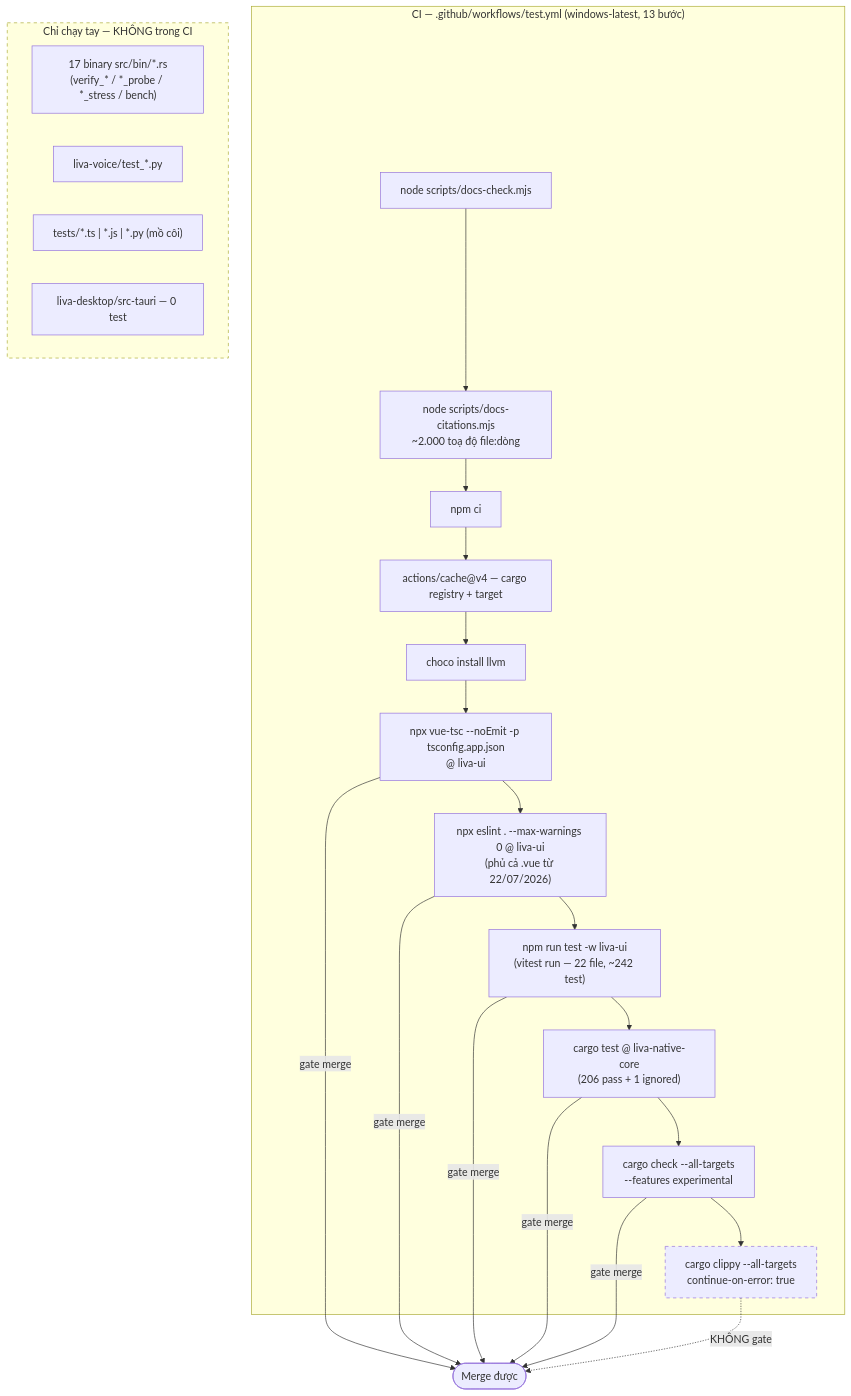
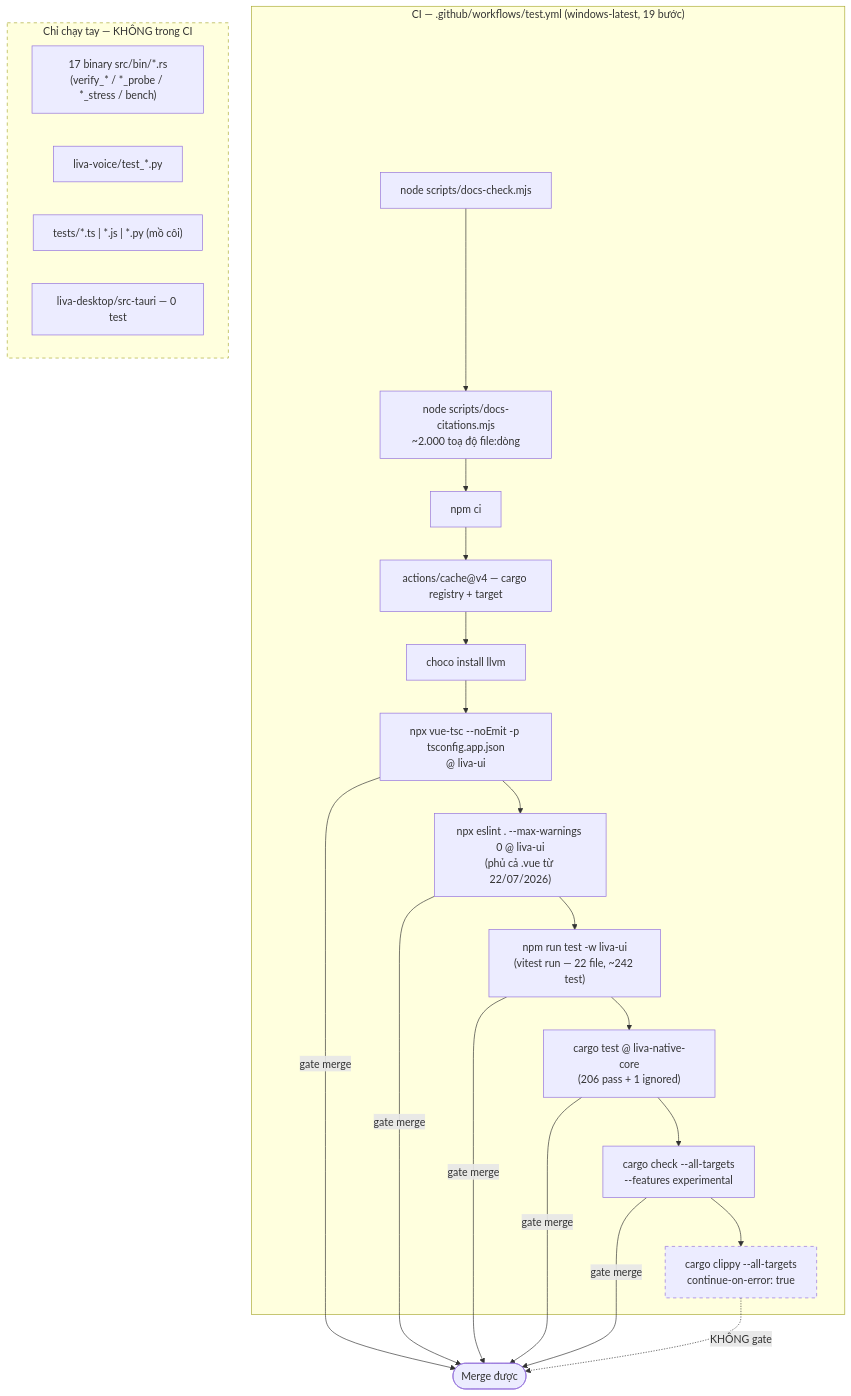
One commit to DuongNAD/LIVA changed the first of 4 diagrams in docs/02-van-hanh/04-kiem-thu-va-ci.md. Above: the diagram before and after it, drawn with Mermaid. The commit also changed other lines of this file and 33 other files, not shown here.

````diff
--- a/docs/02-van-hanh/04-kiem-thu-va-ci.md
+++ b/docs/02-van-hanh/04-kiem-thu-va-ci.md
@@ -81,32 +81,32 @@
 ```mermaid
 flowchart TD
-    subgraph CI["CI — .github/workflows/test.yml (windows-latest, 13 bước)"]
+    subgraph CI["CI — .github/workflows/test.yml (windows-latest, 19 bước)"]
         A0["node scripts/docs-check.mjs"] --> A00["node scripts/docs-citations.mjs<br/>~2.000 toạ độ file:dòng"]
         A00 --> A["npm ci"]
         A --> A1["actions/cache@v4 — cargo registry + target"]
         A1 --> B["choco install llvm"]
         B --> B1["npx vue-tsc --noEmit -p tsconfig.app.json<br/>@ liva-ui"]
         B1 --> B2["npx eslint . --max-warnings 0 @ liva-ui<br/>(phủ cả .vue từ 22/07/2026)"]
         B2 --> C["npm run test -w liva-ui<br/>(vitest run — 22 file, ~242 test)"]
         C --> D["cargo test @ liva-native-core<br/>(206 pass + 1 ignored)"]
         D --> D1["cargo check --all-targets<br/>--features experimental"]
         D1 --> E["cargo clippy --all-targets<br/>continue-on-error: true"]
     end
 
     subgraph MANUAL["Chỉ chạy tay — KHÔNG trong CI"]
         F["17 binary src/bin/*.rs<br/>(verify_* / *_probe / *_stress / bench)"]
         G["liva-voice/test_*.py"]
         H["tests/*.ts | *.js | *.py (mồ côi)"]
         I["liva-desktop/src-tauri — 0 test"]
     end
 
     B1 -->|"gate merge"| PASS([Merge được])
     B2 -->|"gate merge"| PASS
     C -->|"gate merge"| PASS
     D -->|"gate merge"| PASS
     D1 -->|"gate merge"| PASS
     E -.->|"KHÔNG gate"| PASS
 
     style E stroke-dasharray: 5 5
     style MANUAL stroke-dasharray: 5 5
 ```
````
